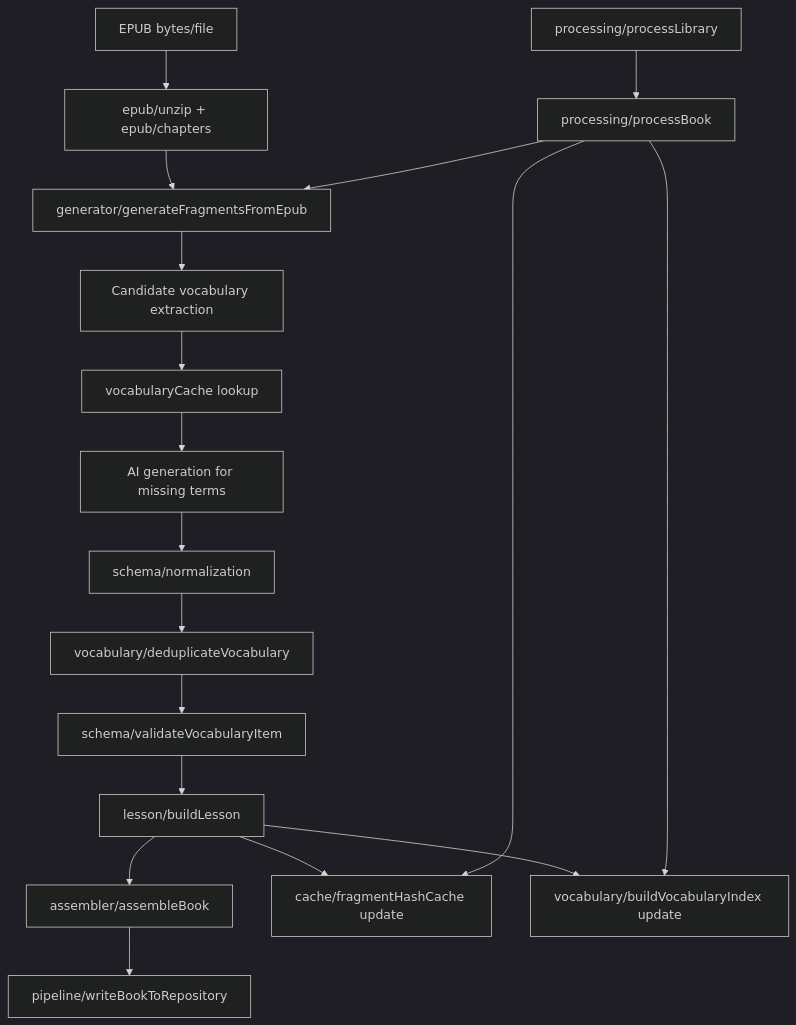
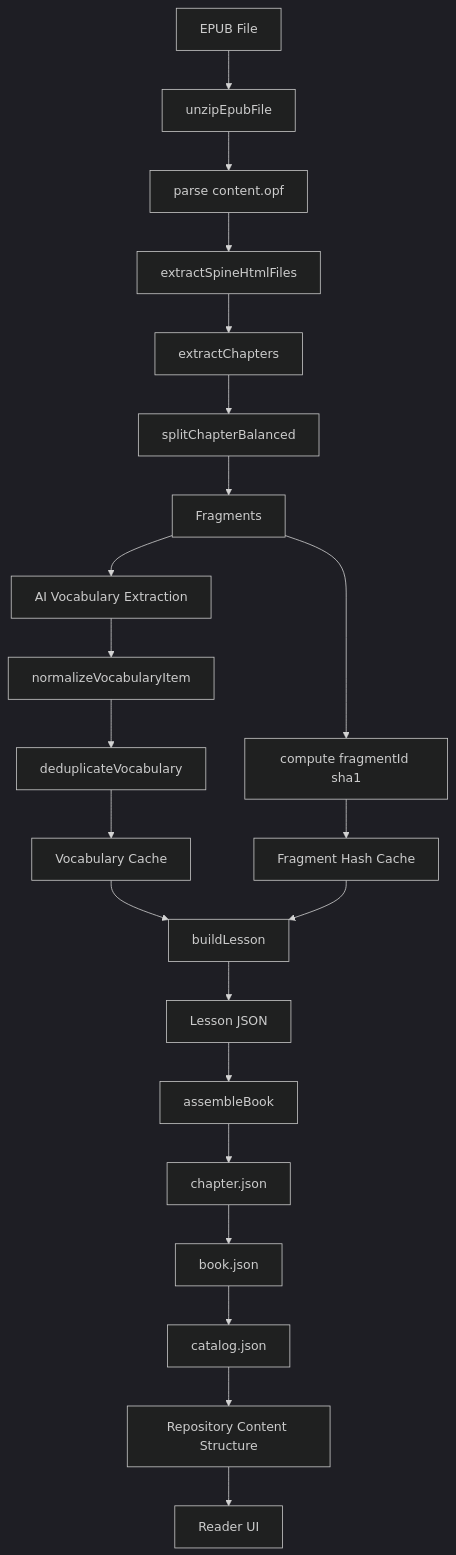
The diagram in architecture.md (roshayupe/Gwendolen-docs), drawn with Mermaid (dark theme) before and after one commit. The commit also changed 2 other files, not shown here.

````diff
--- a/architecture.md
+++ b/architecture.md
@@ -1,23 +1,74 @@
 ```mermaid
 flowchart TD
-  A[EPUB bytes/file] --> B[epub/unzip + epub/chapters]
-  B --> C[generator/generateFragmentsFromEpub]
-  C --> D[Candidate vocabulary extraction]
-  D --> E[vocabularyCache lookup]
-  E --> F[AI generation for missing terms]
-  F --> G[schema/normalization]
-  G --> H[vocabulary/deduplicateVocabulary]
-  H --> I[schema/validateVocabularyItem]
-  I --> J[lesson/buildLesson]
-  J --> K[assembler/assembleBook]
-  K --> L[pipeline/writeBookToRepository]
 
-  J --> M[cache/fragmentHashCache update]
-  J --> N[vocabulary/buildVocabularyIndex update]
+%% =========================
+%% INPUT
+%% =========================
 
-  O[processing/processBook] --> C
-  O --> M
-  O --> N
-  P[processing/processLibrary] --> O
+EPUB[EPUB File]
 
+%% =========================
+%% PARSER LAYER
+%% =========================
+
+EPUB --> UNZIP[unzipEpubFile]
+UNZIP --> OPF[parse content.opf]
+OPF --> SPINE[extractSpineHtmlFiles]
+SPINE --> CHAPTERS[extractChapters]
+
+%% =========================
+%% FRAGMENT ENGINE
+%% =========================
+
+CHAPTERS --> SPLIT[splitChapterBalanced]
+SPLIT --> FRAGMENTS[Fragments]
+
+%% =========================
+%% HASH ENGINE
+%% =========================
+
+FRAGMENTS --> HASH[compute fragmentId sha1]
+HASH --> HASHCACHE[Fragment Hash Cache]
+
+%% =========================
+%% VOCABULARY ENGINE
+%% =========================
+
+FRAGMENTS --> AI[AI Vocabulary Extraction]
+
+AI --> NORMALIZE[normalizeVocabularyItem]
+NORMALIZE --> DEDUP[deduplicateVocabulary]
+DEDUP --> VOCABCACHE[Vocabulary Cache]
+
+%% =========================
+%% LESSON BUILDER
+%% =========================
+
+VOCABCACHE --> LESSON[buildLesson]
+
+HASHCACHE --> LESSON
+
+LESSON --> LESSONJSON[Lesson JSON]
+
+%% =========================
+%% ASSEMBLER
+%% =========================
+
+LESSONJSON --> ASSEMBLER[assembleBook]
+
+ASSEMBLER --> CHAPTERMANIFEST[chapter.json]
+CHAPTERMANIFEST --> BOOKMANIFEST[book.json]
+BOOKMANIFEST --> CATALOG[catalog.json]
+
+%% =========================
+%% REPOSITORY
+%% =========================
+
+CATALOG --> REPO[Repository Content Structure]
+
+%% =========================
+%% READER
+%% =========================
+
+REPO --> READER[Reader UI]
 ```
````
